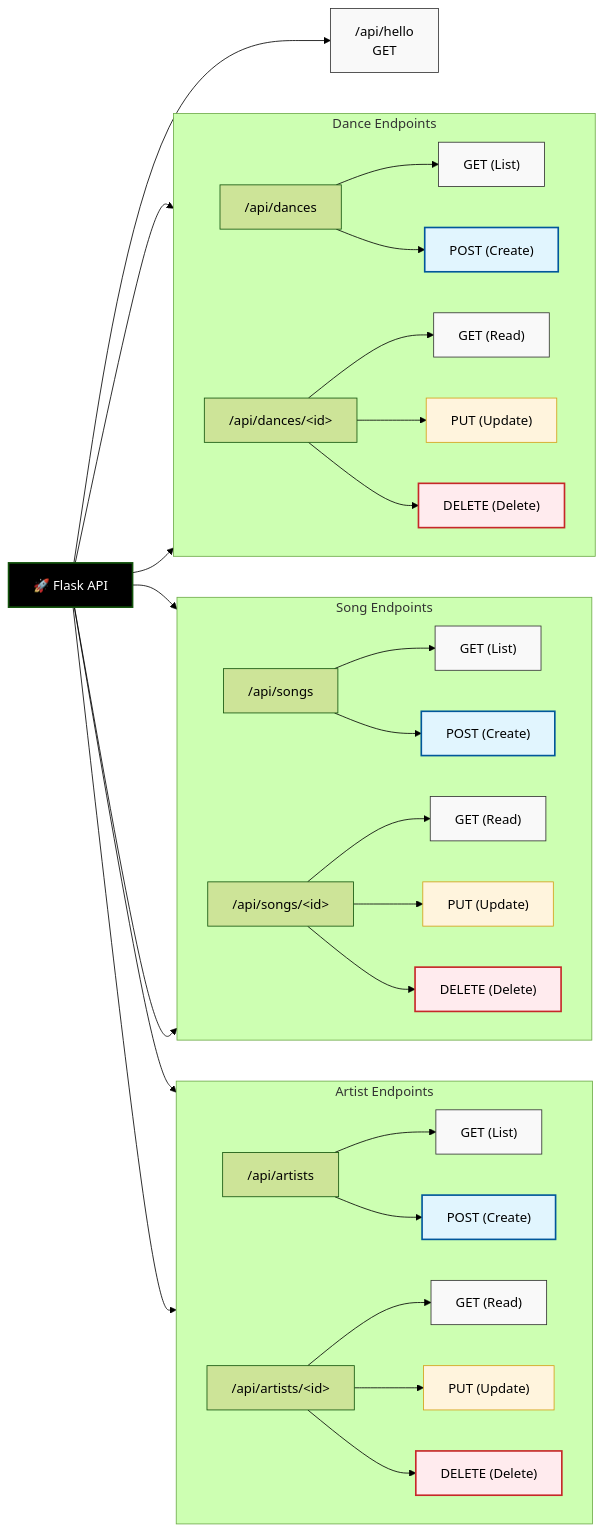
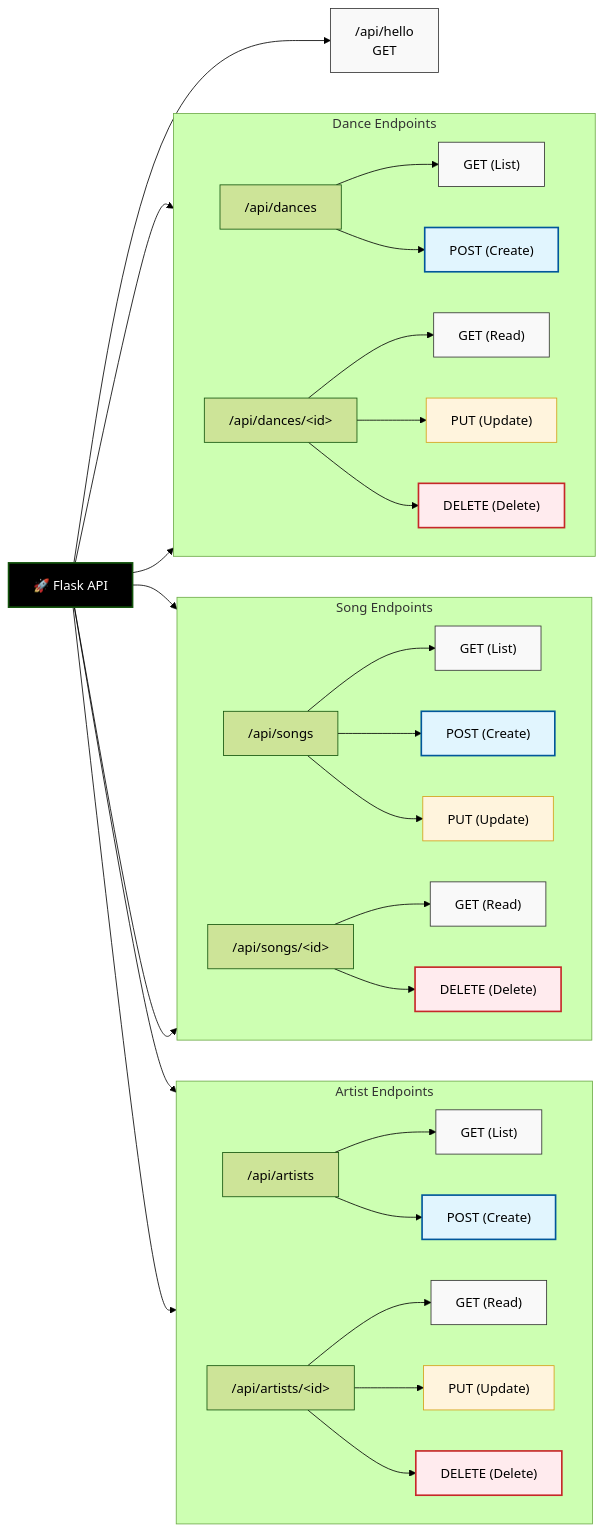
One commit to vega28/dance-dance-database changed the second of 4 diagrams in ARCHITECTURE.md. Above: the diagram before and after it, drawn with Mermaid (forest theme). The commit also changed 3 other files, not shown here.

````diff
--- a/ARCHITECTURE.md
+++ b/ARCHITECTURE.md
@@ -24,66 +24,66 @@
 ```mermaid
 graph LR
     %% Global Styles
     classDef get fill:#f9f9f9,stroke:#333,stroke-width:1px
     classDef post fill:#e1f5fe,stroke:#01579b,stroke-width:2px
     classDef put fill:#fff4dd,stroke:#d4a017,stroke-width:1px
     classDef delete fill:#ffebee,stroke:#c62828,stroke-width:2px
 
     Flask["🚀 Flask API"]
     style Flask fill:#000,color:#fff,stroke-width:2px
 
     %% General Section
     Flask --> Hello["/api/hello<br/>GET"]:::get
 
     %% Artist Section
     subgraph Artist_Resource [Artist Endpoints]
         direction LR
         A_Path["/api/artists"]
         A_ID_Path["/api/artists/&lt;id&gt;"]
 
         A_Path --> A_GET["GET (List)"]:::get
         A_Path --> A_POST["POST (Create)"]:::post
 
         A_ID_Path --> A_GET_ID["GET (Read)"]:::get
         A_ID_Path --> A_PUT["PUT (Update)"]:::put
         A_ID_Path --> A_DEL["DELETE (Delete)"]:::delete
     end
 
     %% Song Section
     subgraph Song_Resource [Song Endpoints]
         direction LR
         S_Path["/api/songs"]
         S_ID_Path["/api/songs/&lt;id&gt;"]
 
         S_Path --> S_GET["GET (List)"]:::get
         S_Path --> S_POST["POST (Create)"]:::post
 
         S_ID_Path --> S_GET_ID["GET (Read)"]:::get
-        S_ID_Path --> S_PUT["PUT (Update)"]:::put
+        S_Path --> S_PUT["PUT (Update)"]:::put
         S_ID_Path --> S_DEL["DELETE (Delete)"]:::delete
     end
 
     
 
     %% Dance Section
     subgraph Dance_Resource [Dance Endpoints]
         direction LR
         D_Path["/api/dances"]
         D_ID_Path["/api/dances/&lt;id&gt;"]
 
         D_Path --> D_GET["GET (List)"]:::get
         D_Path --> D_POST["POST (Create)"]:::post
 
         D_ID_Path --> D_GET_ID["GET (Read)"]:::get
         D_ID_Path --> D_PUT["PUT (Update)"]:::put
         D_ID_Path --> D_DEL["DELETE (Delete)"]:::delete
     end
 
     Flask --> A_Path
     Flask --> A_ID_Path
     Flask --> S_Path
     Flask --> S_ID_Path
     Flask --> D_Path
     Flask --> D_ID_Path
 
 ```
````
